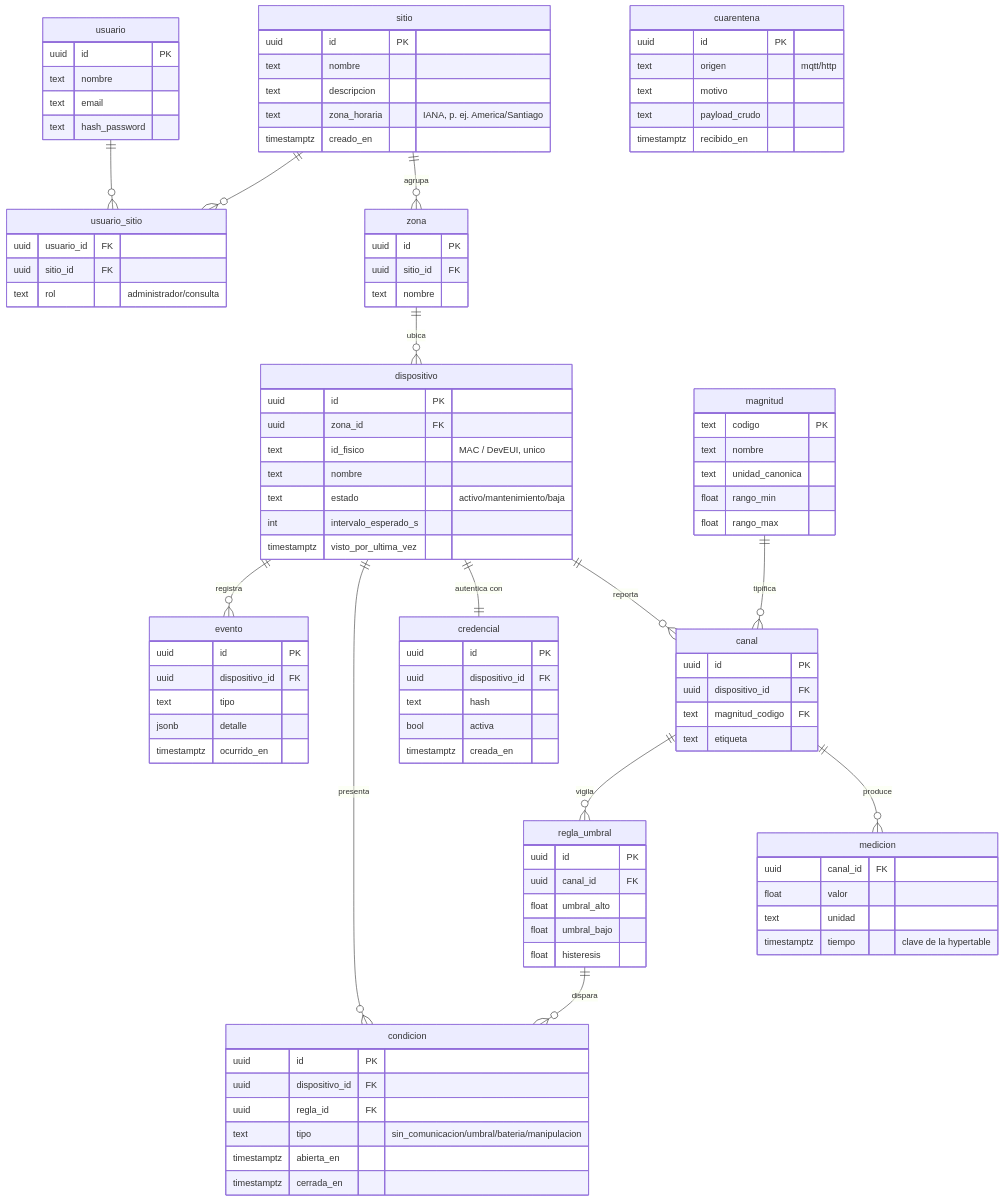
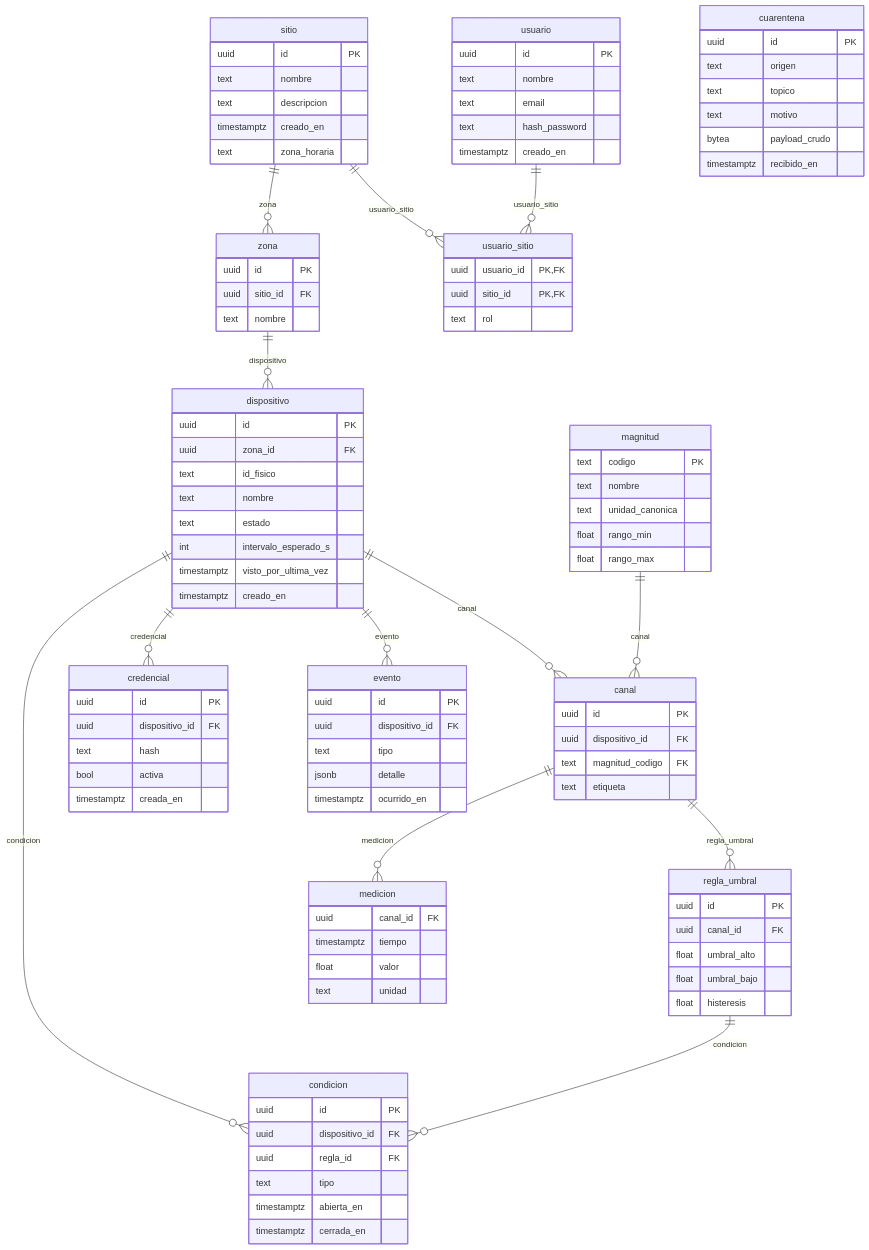
The diagram in docs/08-modelo-datos.md (vicenterami/tesis), drawn with Mermaid before and after one commit. The commit also changed 35 other files, not shown here.

````diff
--- a/docs/08-modelo-datos.md
+++ b/docs/08-modelo-datos.md
@@ -42,29 +44,62 @@
 ```mermaid
 erDiagram
-    sitio ||--o{ zona : "agrupa"
-    sitio ||--o{ usuario_sitio : ""
-    usuario ||--o{ usuario_sitio : ""
-    zona ||--o{ dispositivo : "ubica"
-    dispositivo ||--o{ canal : "reporta"
-    magnitud ||--o{ canal : "tipifica"
-    dispositivo ||--|| credencial : "autentica con"
-    canal ||--o{ medicion : "produce"
-    canal ||--o{ regla_umbral : "vigila"
-    dispositivo ||--o{ condicion : "presenta"
-    dispositivo ||--o{ evento : "registra"
-    regla_umbral ||--o{ condicion : "dispara"
-
-    sitio {
+    dispositivo ||--o{ canal : canal
+    magnitud ||--o{ canal : canal
+    dispositivo ||--o{ condicion : condicion
+    regla_umbral ||--o{ condicion : condicion
+    dispositivo ||--o{ credencial : credencial
+    zona ||--o{ dispositivo : dispositivo
+    dispositivo ||--o{ evento : evento
+    canal ||--o{ medicion : medicion
+    canal ||--o{ regla_umbral : regla_umbral
+    sitio ||--o{ usuario_sitio : usuario_sitio
+    usuario ||--o{ usuario_sitio : usuario_sitio
+    sitio ||--o{ zona : zona
+    canal {
         uuid id PK
+        uuid dispositivo_id FK
+        text magnitud_codigo FK
+        text etiqueta
+    }
+    condicion {
+        uuid id PK
+        uuid dispositivo_id FK
+        uuid regla_id FK
+        text tipo
+        timestamptz abierta_en
+        timestamptz cerrada_en
+    }
+    credencial {
+        uuid id PK
+        uuid dispositivo_id FK
+        text hash
+        bool activa
+        timestamptz creada_en
+    }
+    cuarentena {
+        uuid id PK
+        text origen
+        text topico
+        text motivo
+        bytea payload_crudo
+        timestamptz recibido_en
+    }
+    dispositivo {
+        uuid id PK
+        uuid zona_id FK
+        text id_fisico
         text nombre
-        text descripcion
-        text zona_horaria "IANA, p. ej. America/Santiago"
+        text estado
+        int intervalo_esperado_s
+        timestamptz visto_por_ultima_vez
         timestamptz creado_en
     }
-    zona {
+    evento {
         uuid id PK
-        uuid sitio_id FK
-        text nombre
+        uuid dispositivo_id FK
+        text tipo
+        jsonb detalle
+        timestamptz ocurrido_en
     }
     magnitud {
         text codigo PK
@@ -73,33 +108,11 @@
         float rango_min
         float rango_max
     }
-    dispositivo {
-        uuid id PK
-        uuid zona_id FK
-        text id_fisico "MAC / DevEUI, unico"
-        text nombre
-        text estado "activo/mantenimiento/baja"
-        int intervalo_esperado_s
-        timestamptz visto_por_ultima_vez
-    }
-    canal {
-        uuid id PK
-        uuid dispositivo_id FK
-        text magnitud_codigo FK
-        text etiqueta
-    }
-    credencial {
-        uuid id PK
-        uuid dispositivo_id FK
-        text hash
-        bool activa
-        timestamptz creada_en
-    }
     medicion {
         uuid canal_id FK
+        timestamptz tiempo
         float valor
         text unidad
-        timestamptz tiempo "clave de la hypertable"
     }
     regla_umbral {
         uuid id PK
@@ -108,37 +121,28 @@
         float umbral_bajo
         float histeresis
     }
-    condicion {
+    sitio {
         uuid id PK
-        uuid dispositivo_id FK
-        uuid regla_id FK
-        text tipo "sin_comunicacion/umbral/bateria/manipulacion"
-        timestamptz abierta_en
-        timestamptz cerrada_en
-    }
-    evento {
-        uuid id PK
-        uuid dispositivo_id FK
-        text tipo
-        jsonb detalle
-        timestamptz ocurrido_en
-    }
-    cuarentena {
-        uuid id PK
-        text origen "mqtt/http"
-        text motivo
-        text payload_crudo
-        timestamptz recibido_en
+        text nombre
+        text descripcion
+        timestamptz creado_en
+        text zona_horaria
     }
     usuario {
         uuid id PK
         text nombre
         text email
         text hash_password
+        timestamptz creado_en
     }
     usuario_sitio {
-        uuid usuario_id FK
+        uuid usuario_id PK,FK
+        uuid sitio_id PK,FK
+        text rol
+    }
+    zona {
+        uuid id PK
         uuid sitio_id FK
-        text rol "administrador/consulta"
+        text nombre
     }
 ```
````
